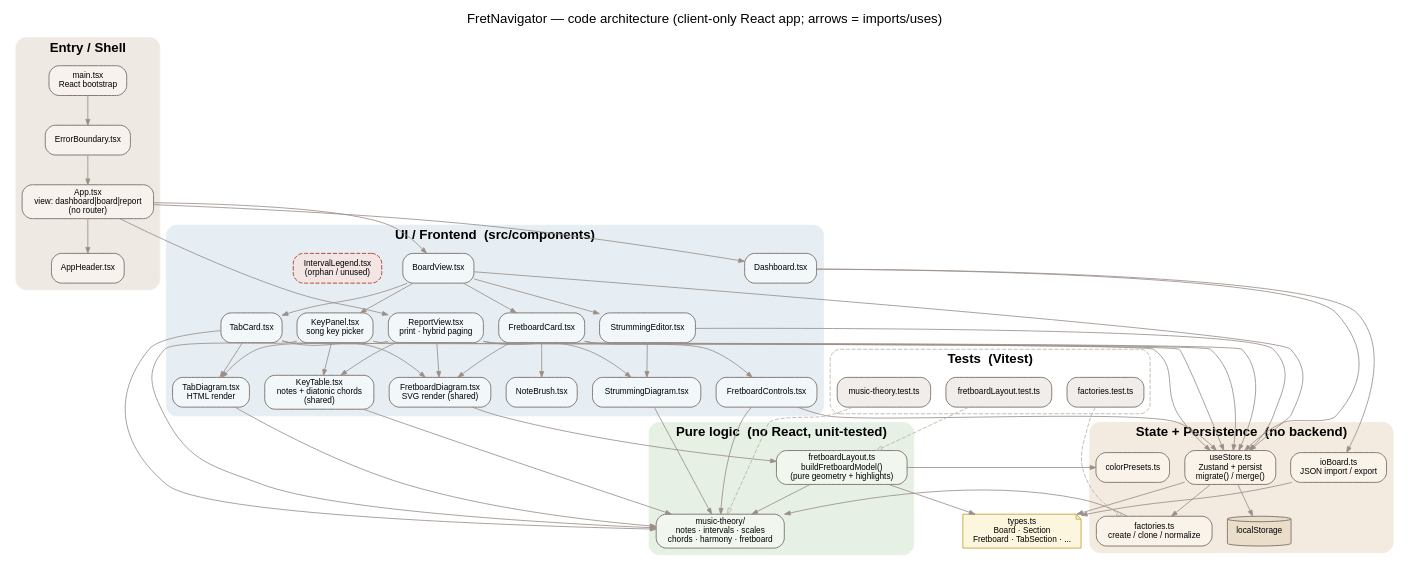
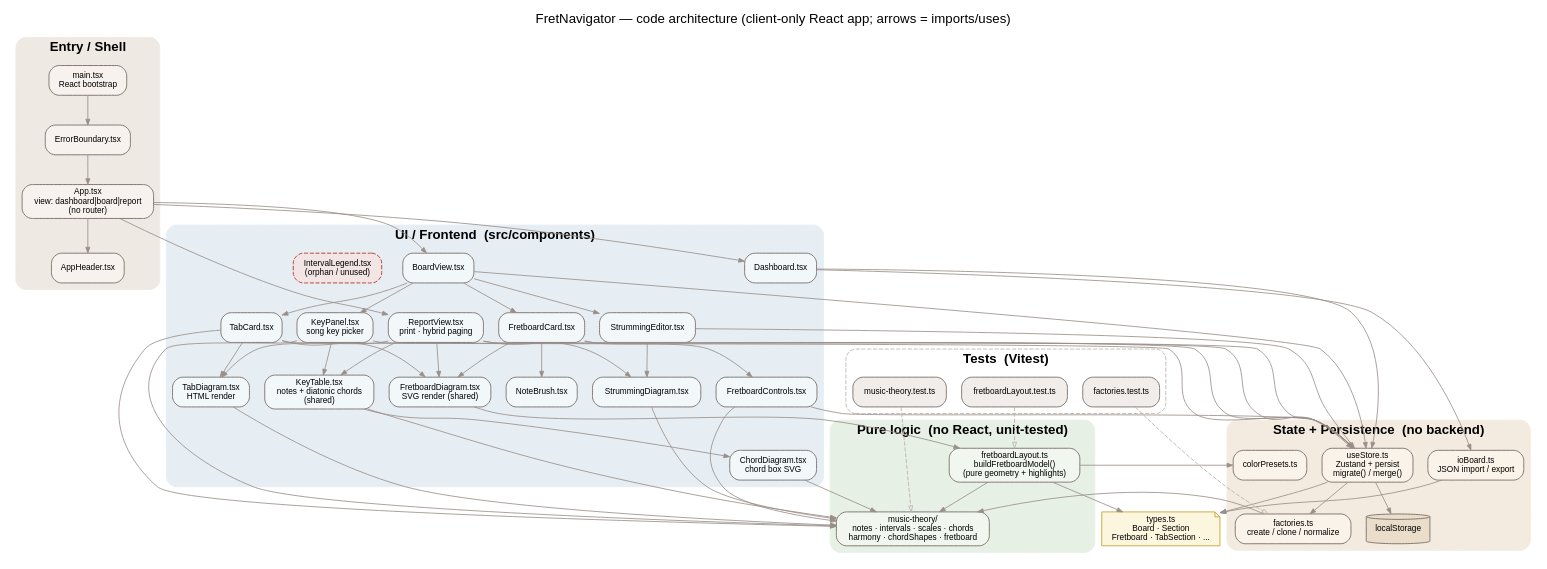
The diagram in architecture.dot (acamoes/FretNavigator), drawn with Graphviz before and after one commit. The commit also changed 10 other files, not shown here.

First line of the commit message:
Chord diagrams for the key; let the browser paginate the report

```diff
--- a/architecture.dot
+++ b/architecture.dot
@@ -1,141 +1,144 @@
 // FretNavigator — code architecture.
 // Render:  dot -Tsvg architecture.dot -o architecture.svg
 // Or paste into https://dreampuf.github.io/GraphvizOnline or https://edotor.net
 //
 // Arrows read "imports / uses". Dependency direction flows downward:
 // UI  ->  State + Persistence  ->  Pure logic. The pure logic never imports UI.
 
 digraph FretNavigator {
   rankdir=TB;
   compound=true;
   labelloc="t";
   fontname="Helvetica";
   fontsize=16;
   label="FretNavigator — code architecture (client-only React app; arrows = imports/uses)";
 
   node [shape=box, style="rounded,filled", fontname="Helvetica", fontsize=10, color="#7a6f69", penwidth=1.1];
   edge [color="#9a8f88", fontname="Helvetica", fontsize=8, arrowsize=0.7];
 
   // ---------------- Entry / shell ----------------
   subgraph cluster_shell {
     label="Entry / Shell";
     fontname="Helvetica-Bold"; style="rounded,filled"; color="#efe9e3";
     node [fillcolor="#f7f2ed"];
     main   [label="main.tsx\nReact bootstrap"];
     eb     [label="ErrorBoundary.tsx"];
     app    [label="App.tsx\nview: dashboard|board|report\n(no router)"];
     header [label="AppHeader.tsx"];
   }
 
   // ---------------- UI / Frontend ----------------
   subgraph cluster_ui {
     label="UI / Frontend  (src/components)";
     fontname="Helvetica-Bold"; style="rounded,filled"; color="#e6eef3";
     node [fillcolor="#f2f7fa"];
     dash  [label="Dashboard.tsx"];
     bv    [label="BoardView.tsx"];
     rv    [label="ReportView.tsx\nprint · hybrid paging"];
     fc    [label="FretboardCard.tsx"];
     fctrl [label="FretboardControls.tsx"];
     fd    [label="FretboardDiagram.tsx\nSVG render (shared)"];
     nb    [label="NoteBrush.tsx"];
     se    [label="StrummingEditor.tsx"];
     sd    [label="StrummingDiagram.tsx"];
     tc    [label="TabCard.tsx"];
     td    [label="TabDiagram.tsx\nHTML render"];
     kp    [label="KeyPanel.tsx\nsong key picker"];
     kt    [label="KeyTable.tsx\nnotes + diatonic chords\n(shared)"];
+    cd    [label="ChordDiagram.tsx\nchord box SVG"];
     il    [label="IntervalLegend.tsx\n(orphan / unused)", fillcolor="#f2e5e4", color="#b23a2e", style="rounded,filled,dashed"];
   }
 
   // ---------------- Pure logic ----------------
   subgraph cluster_logic {
     label="Pure logic  (no React, unit-tested)";
     fontname="Helvetica-Bold"; style="rounded,filled"; color="#e7f0e5";
     node [fillcolor="#f1f7ef"];
     fl [label="fretboardLayout.ts\nbuildFretboardModel()\n(pure geometry + highlights)"];
-    mt [label="music-theory/\nnotes · intervals · scales\nchords · harmony · fretboard"];
+    mt [label="music-theory/\nnotes · intervals · scales · chords\nharmony · chordShapes · fretboard"];
   }
 
   // ---------------- State + persistence ----------------
   subgraph cluster_state {
     label="State + Persistence  (no backend)";
     fontname="Helvetica-Bold"; style="rounded,filled"; color="#f3ebe0";
     node [fillcolor="#faf3e9"];
     store [label="useStore.ts\nZustand + persist\nmigrate() / merge()"];
     fact  [label="factories.ts\ncreate / clone / normalize"];
     io    [label="ioBoard.ts\nJSON import / export"];
     cp    [label="colorPresets.ts"];
     ls    [label="localStorage", shape=cylinder, fillcolor="#eaddca"];
   }
 
   types [label="types.ts\nBoard · Section\nFretboard · TabSection · ...", shape=note, fillcolor="#fdf6df", color="#c7a53a"];
 
   // ---------------- Tests ----------------
   subgraph cluster_tests {
     label="Tests  (Vitest)";
     fontname="Helvetica-Bold"; style="rounded,dashed"; color="#b9b0a8";
     node [fillcolor="#f0edea"];
     t1 [label="music-theory.test.ts"];
     t2 [label="fretboardLayout.test.ts"];
     t3 [label="factories.test.ts"];
   }
 
   // ---------------- Edges: shell ----------------
   main -> eb -> app;
   app -> header;
   app -> dash;
   app -> bv;
   app -> rv;
 
   // ---------------- Edges: UI composition ----------------
   bv -> se;
   bv -> kp;
   bv -> fc;
   bv -> tc;
   kp -> kt;
   fc -> fctrl;
   fc -> fd;
   fc -> nb;
   se -> sd;
   tc -> td;
   tc -> fd;
   rv -> fd;
   rv -> td;
   rv -> sd;
   rv -> kt;
 
   // ---------------- Edges: UI -> logic / state ----------------
   fd -> fl;
   fl -> mt;
   fl -> cp;
   fctrl -> mt;
   tc -> mt;
   td -> mt;
   sd -> mt;
+  kt -> cd;
   kt -> mt;
+  cd -> mt;
   kp -> mt;
   kp -> store;
   dash -> store;
   dash -> io;
   bv -> store;
   fc -> store;
   fctrl -> store;
   se -> store;
   tc -> store;
   rv -> store;
 
   // ---------------- Edges: state internals ----------------
   store -> fact;
   store -> ls;
   fact -> mt;
   io -> types;
   store -> types;
   fl -> types;
 
   // ---------------- Edges: tests (dashed, "covers") ----------------
   edge [style=dashed, arrowhead=empty, color="#b9b0a8"];
   t1 -> mt;
   t2 -> fl;
   t3 -> fact;
 }
```
